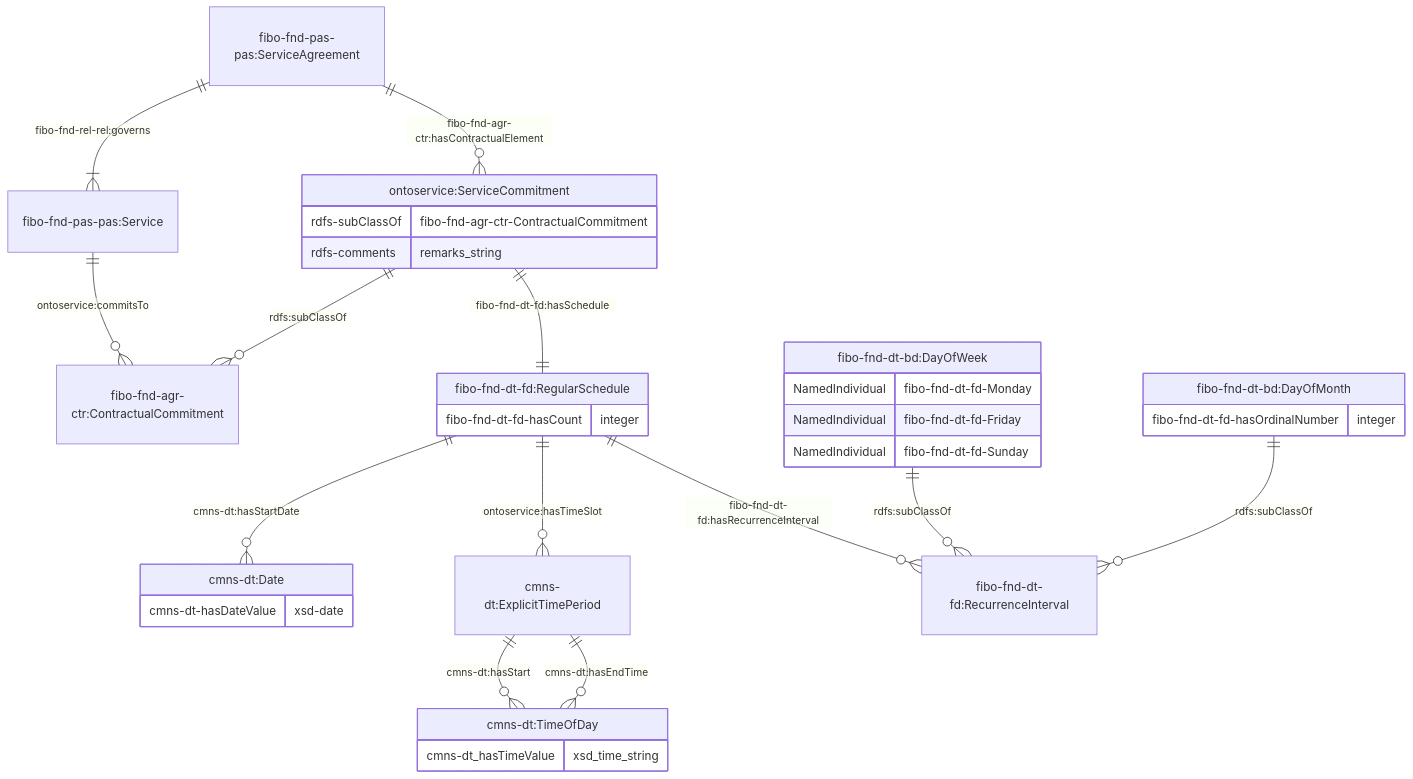
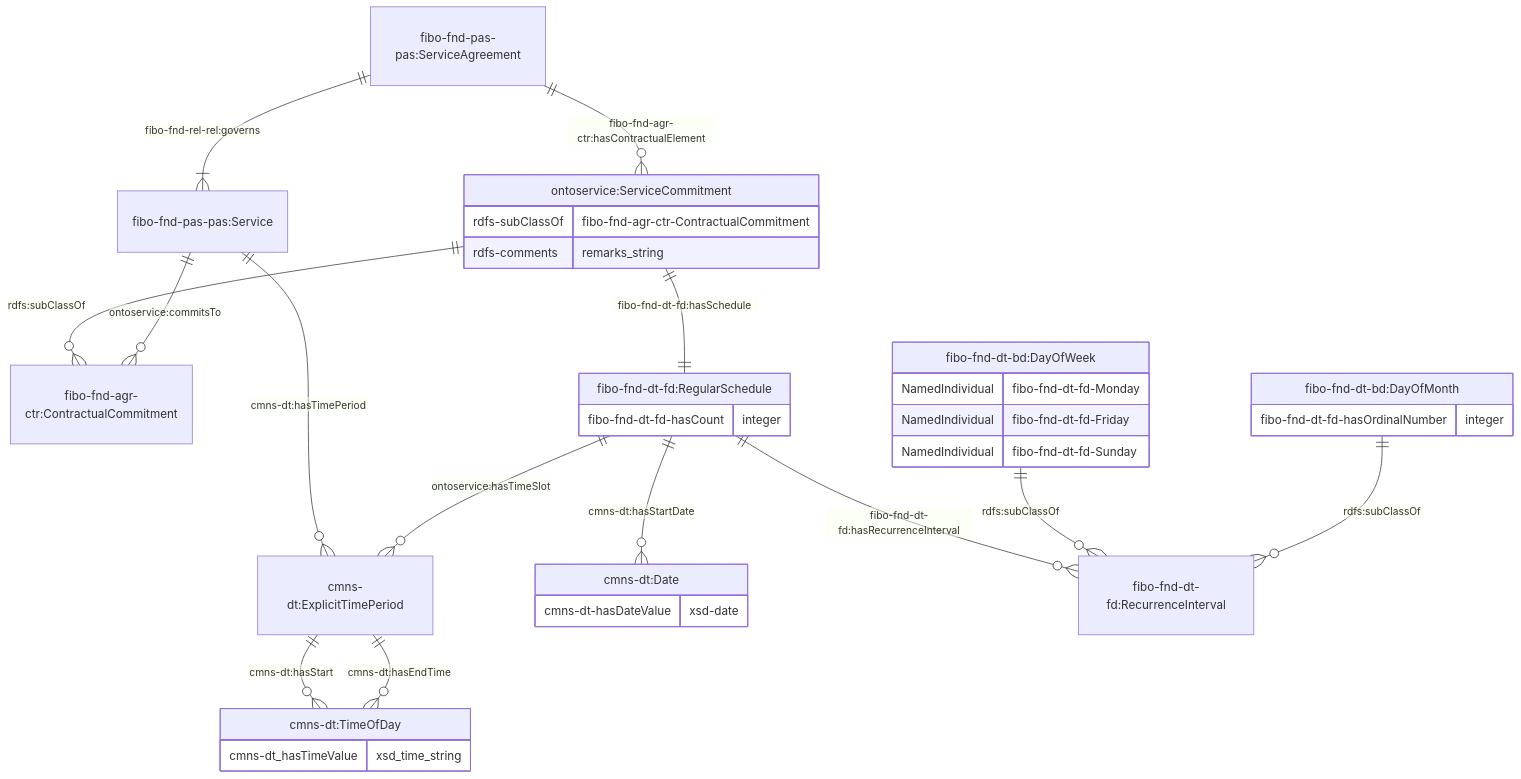
One commit to cambridge-cares/TheWorldAvatar changed the fourth of 10 diagrams in JPS_Ontology/ontology/ontoservice/README.md. Above: the diagram before and after it, drawn with Mermaid. The commit also changed other lines of this file, not shown here.

Commit message:
dev-ontoservice-lifecycle: Added operating hours using FIBO to the ontology

````diff
--- a/JPS_Ontology/ontology/ontoservice/README.md
+++ b/JPS_Ontology/ontology/ontoservice/README.md
@@ -155,39 +155,40 @@
 ```mermaid
     erDiagram
     "fibo-fnd-pas-pas:ServiceAgreement" ||--|{ "fibo-fnd-pas-pas:Service" : "fibo-fnd-rel-rel:governs"
 
     "fibo-fnd-pas-pas:ServiceAgreement" ||--o{ "ontoservice:ServiceCommitment" : "fibo-fnd-agr-ctr:hasContractualElement"
     "ontoservice:ServiceCommitment" ||--o{ "fibo-fnd-agr-ctr:ContractualCommitment" : "rdfs:subClassOf"
     "fibo-fnd-pas-pas:Service" ||--o{ "fibo-fnd-agr-ctr:ContractualCommitment" : "ontoservice:commitsTo"
+    "fibo-fnd-pas-pas:Service" ||--o{ "cmns-dt:ExplicitTimePeriod" : "cmns-dt:hasTimePeriod"
 
     "ontoservice:ServiceCommitment" {
         rdfs-subClassOf fibo-fnd-agr-ctr-ContractualCommitment
         rdfs-comments remarks_string
     }
 
     "ontoservice:ServiceCommitment" ||--|| "fibo-fnd-dt-fd:RegularSchedule" : "fibo-fnd-dt-fd:hasSchedule"
      "fibo-fnd-dt-fd:RegularSchedule" {
         fibo-fnd-dt-fd-hasCount integer
     }
     "fibo-fnd-dt-fd:RegularSchedule" ||--o{ "cmns-dt:Date" : "cmns-dt:hasStartDate"
     "cmns-dt:Date" {
         cmns-dt-hasDateValue xsd-date
     }
     "fibo-fnd-dt-fd:RegularSchedule" ||--o{ "cmns-dt:ExplicitTimePeriod" : "ontoservice:hasTimeSlot"
     "cmns-dt:ExplicitTimePeriod" ||--o{ "cmns-dt:TimeOfDay" : "cmns-dt:hasStart"
     "cmns-dt:ExplicitTimePeriod" ||--o{ "cmns-dt:TimeOfDay" : "cmns-dt:hasEndTime"
     "cmns-dt:TimeOfDay" {
         cmns-dt_hasTimeValue xsd_time_string
     }
     "fibo-fnd-dt-fd:RegularSchedule" ||--o{ "fibo-fnd-dt-fd:RecurrenceInterval" : "fibo-fnd-dt-fd:hasRecurrenceInterval"
     "fibo-fnd-dt-bd:DayOfWeek" ||--o{ "fibo-fnd-dt-fd:RecurrenceInterval" : "rdfs:subClassOf"
     "fibo-fnd-dt-bd:DayOfWeek" {
         NamedIndividual fibo-fnd-dt-fd-Monday
         NamedIndividual fibo-fnd-dt-fd-Friday
         NamedIndividual fibo-fnd-dt-fd-Sunday
     }
     "fibo-fnd-dt-bd:DayOfMonth" ||--o{ "fibo-fnd-dt-fd:RecurrenceInterval" : "rdfs:subClassOf"
     "fibo-fnd-dt-bd:DayOfMonth" {
         fibo-fnd-dt-fd-hasOrdinalNumber integer
     }
 ```
````
